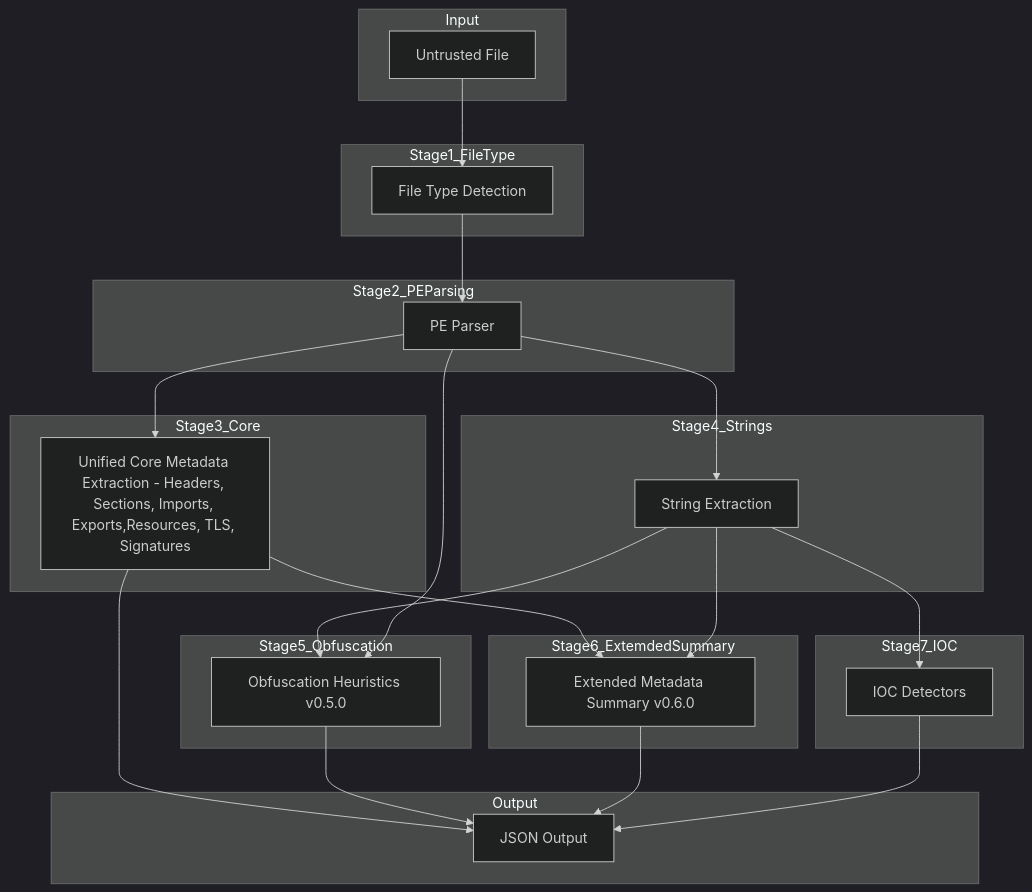
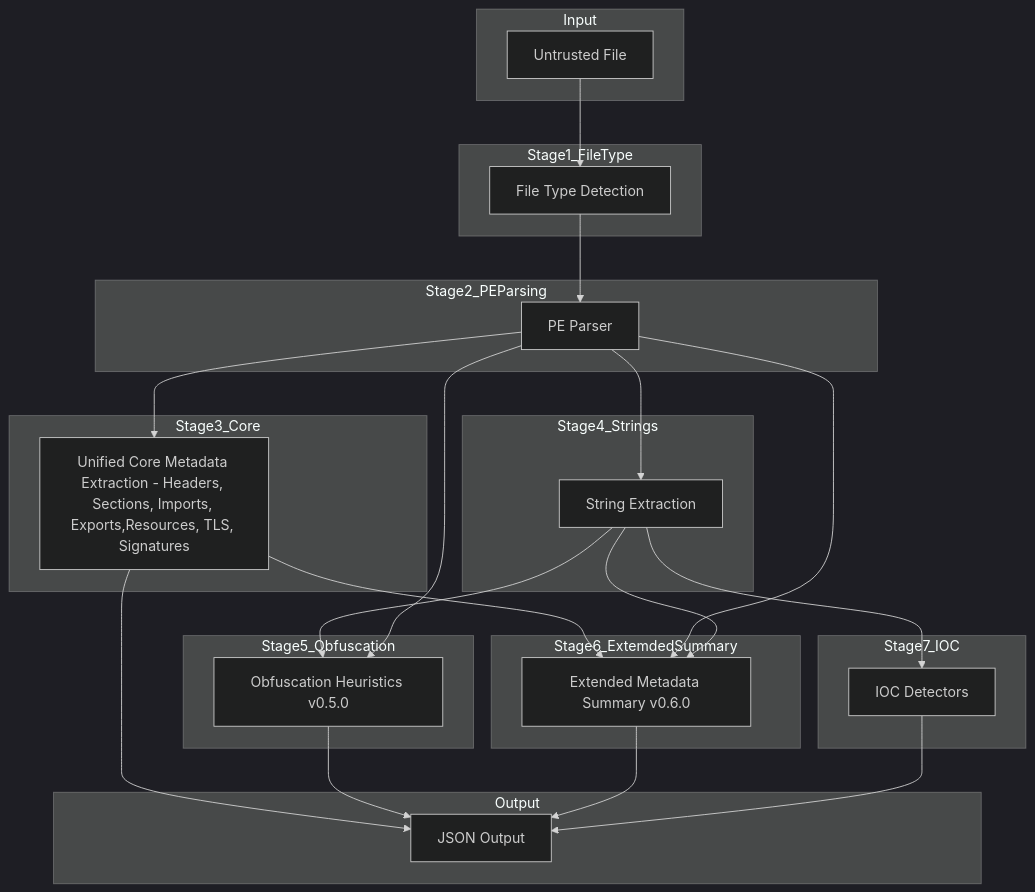
The diagram in docs/pe-pipeline.md (iocx-dev/iocx), drawn with Mermaid (dark theme) before and after one commit.

Commit message:
Slight change to control flow #3

````diff
--- a/docs/pe-pipeline.md
+++ b/docs/pe-pipeline.md
@@ -33,58 +33,59 @@
 ```mermaid
 flowchart TD
 
     subgraph Input
         F[Untrusted File]
     end
 
     subgraph Stage1_FileType
         MAGIC[File Type Detection]
     end
 
     subgraph Stage2_PEParsing
         PE[PE Parser]
     end
 
     subgraph Stage3_Core
         CORE[Unified Core Metadata Extraction - Headers, Sections, Imports, Exports,Resources, TLS, Signatures]
     end
 
     subgraph Stage4_Strings
         STR[String Extraction]
     end
 
     subgraph Stage5_Obfuscation
         OBF[Obfuscation Heuristics v0.5.0]
     end
 
     subgraph Stage6_ExtemdedSummary
         META6[Extended Metadata Summary v0.6.0]
     end
 
     subgraph Stage7_IOC
         DET[IOC Detectors]
     end
 
     subgraph Output
         OUT[JSON Output]
     end
 
     F --> MAGIC
     MAGIC --> PE
 
     PE --> CORE
     PE --> STR
 
     STR --> OBF
     PE --> OBF
 
     CORE --> OUT
     STR --> DET
     OBF --> OUT
 
     CORE--> META6
+    PE --> META6
     STR --> META6
     META6 --> OUT
 
     DET --> OUT
 ```
````
